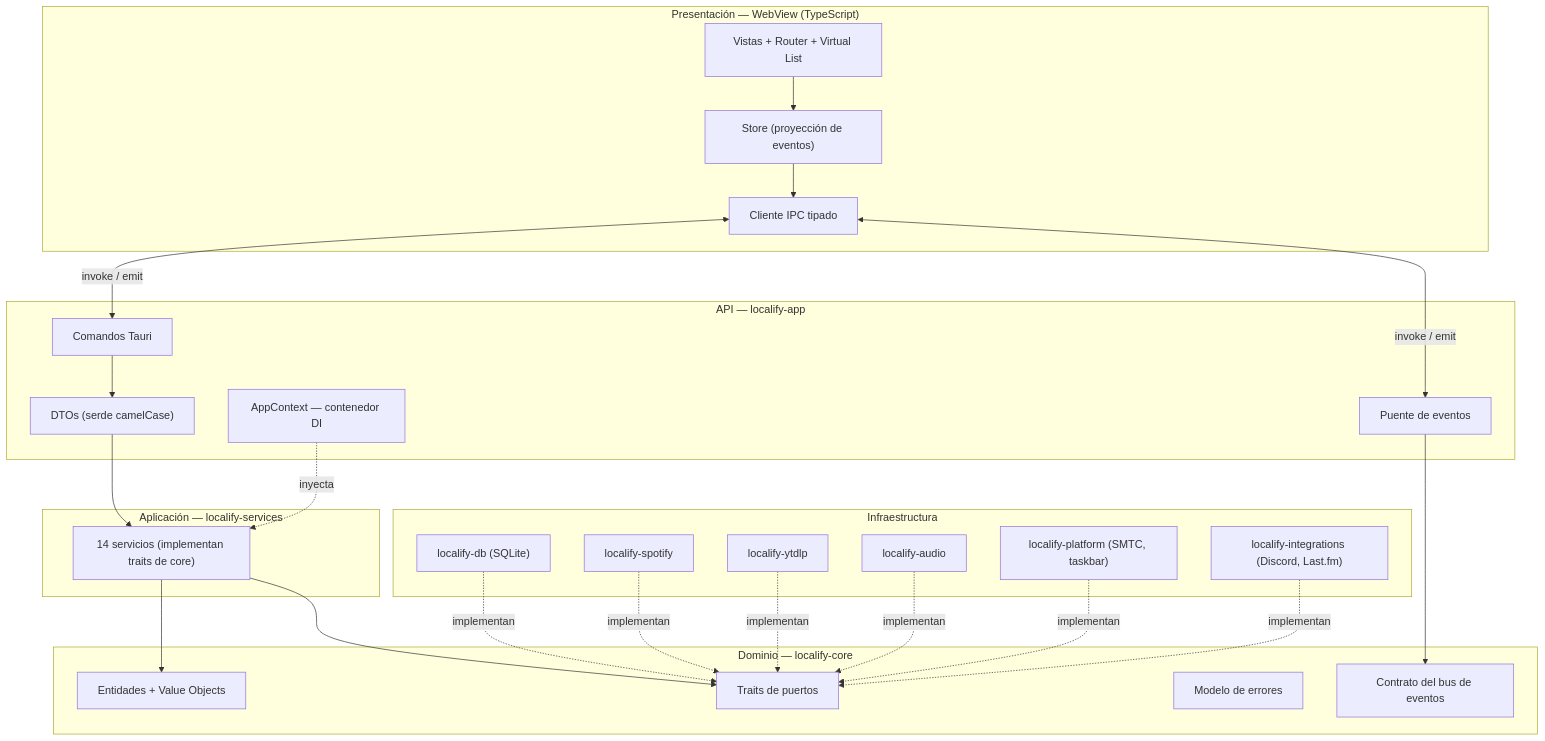
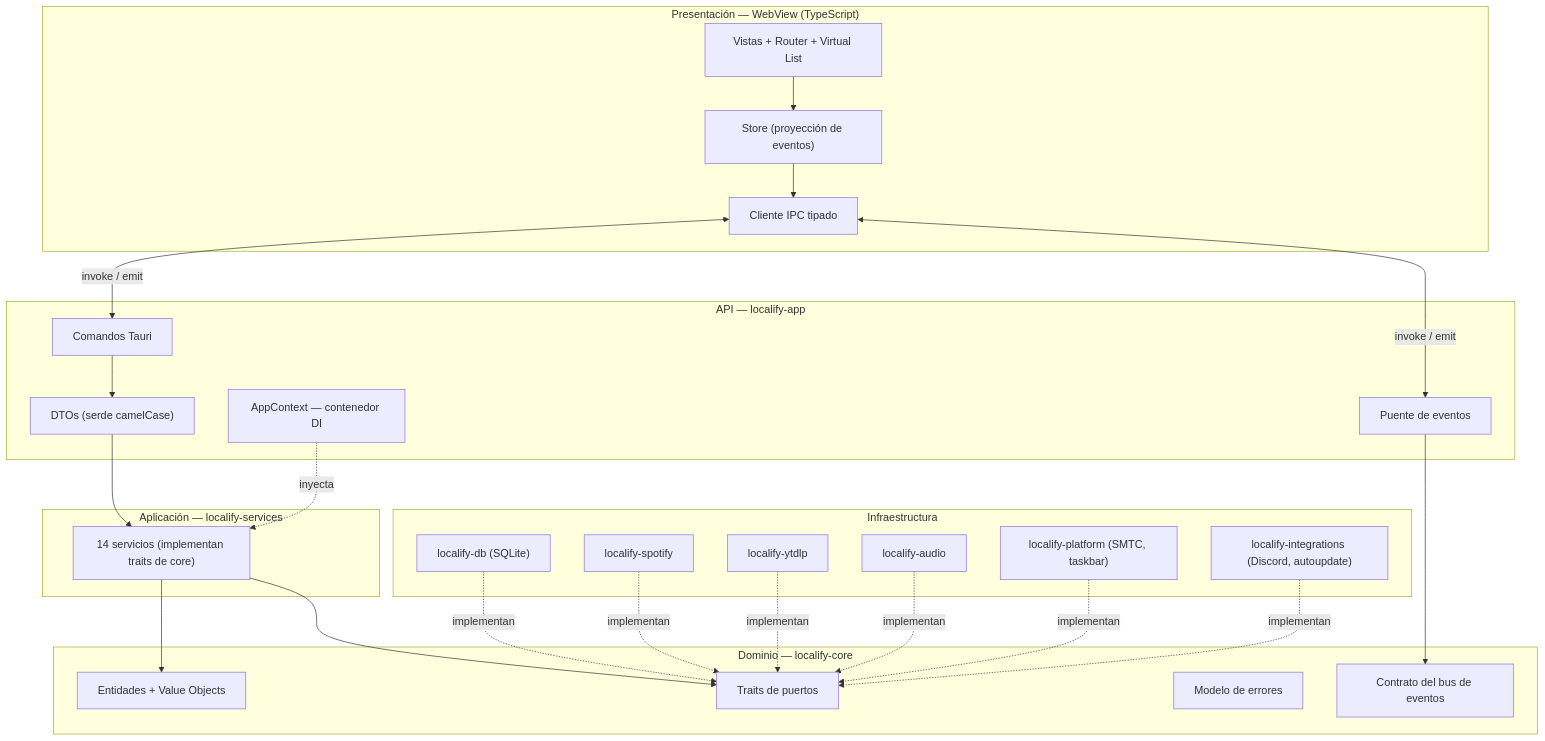
One commit to Eldur4023/Localify changed the first of 3 diagrams in docs/architecture/01-overview.md. Above: the diagram before and after it, drawn with Mermaid. The commit also changed other lines of this file and 54 other files, not shown here.

````diff
--- a/docs/architecture/01-overview.md
+++ b/docs/architecture/01-overview.md
@@ -48,44 +48,44 @@
 ```mermaid
 flowchart TB
     subgraph P["Presentación — WebView (TypeScript)"]
         UI["Vistas + Router + Virtual List"]
         STORE["Store (proyección de eventos)"]
         IPC["Cliente IPC tipado"]
     end
 
     subgraph A["API — localify-app"]
         CMD["Comandos Tauri"]
         EVT["Puente de eventos"]
         DTO["DTOs (serde camelCase)"]
         CTX["AppContext — contenedor DI"]
     end
 
     subgraph S["Aplicación — localify-services"]
         SVC["14 servicios (implementan traits de core)"]
     end
 
     subgraph C["Dominio — localify-core"]
         ENT["Entidades + Value Objects"]
         TRAITS["Traits de puertos"]
         ERR["Modelo de errores"]
         BUS["Contrato del bus de eventos"]
     end
 
     subgraph I["Infraestructura"]
         DB["localify-db (SQLite)"]
         SPOT["localify-spotify"]
         YT["localify-ytdlp"]
         AUD["localify-audio"]
         PLAT["localify-platform (SMTC, taskbar)"]
-        INTG["localify-integrations (Discord, Last.fm)"]
+        INTG["localify-integrations (Discord, autoupdate)"]
     end
 
     UI --> STORE --> IPC
     IPC <-->|invoke / emit| CMD & EVT
     CMD --> DTO --> SVC
     EVT --> BUS
     SVC --> TRAITS
     SVC --> ENT
     DB & SPOT & YT & AUD & PLAT & INTG -.implementan.-> TRAITS
     CTX -.inyecta.-> SVC
 ```
````
